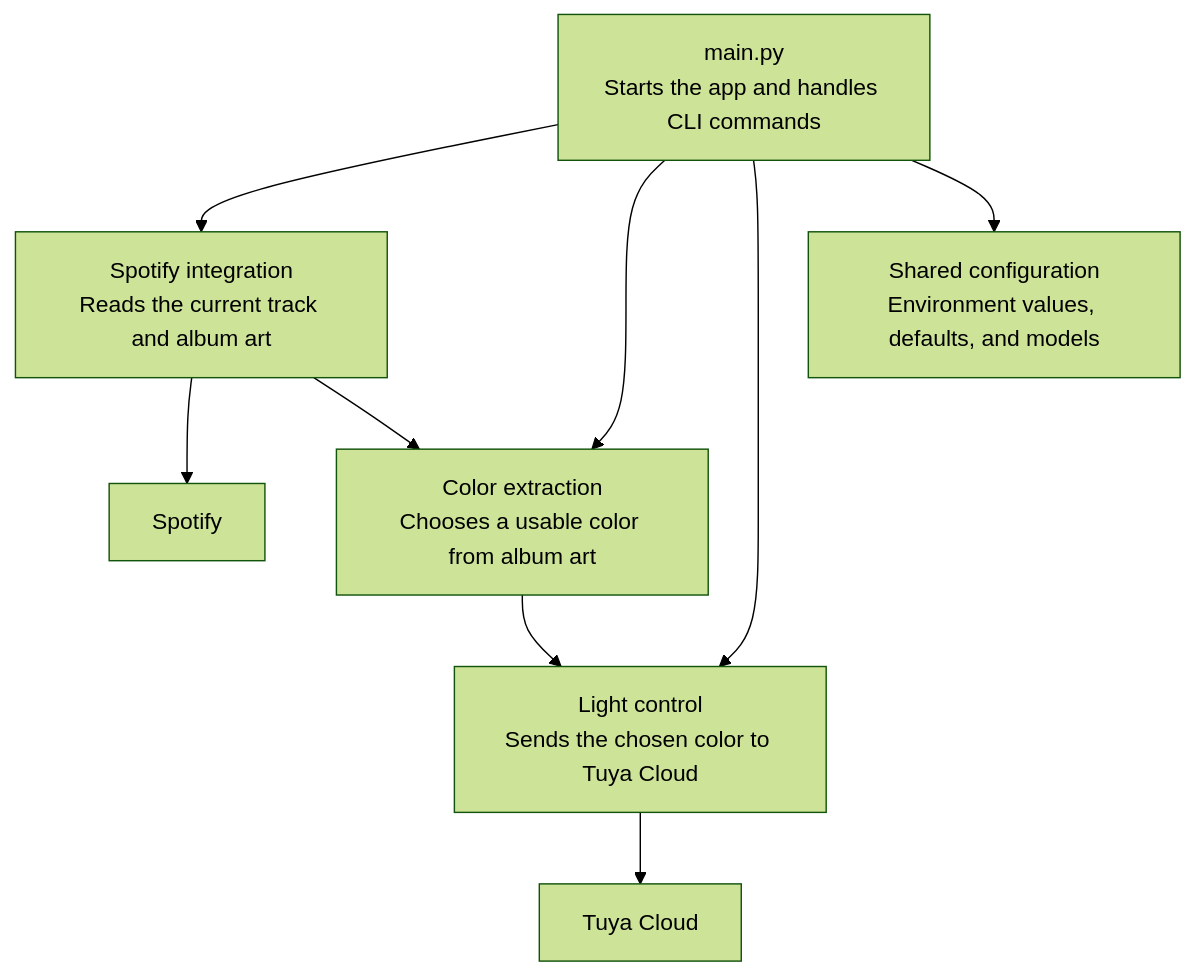
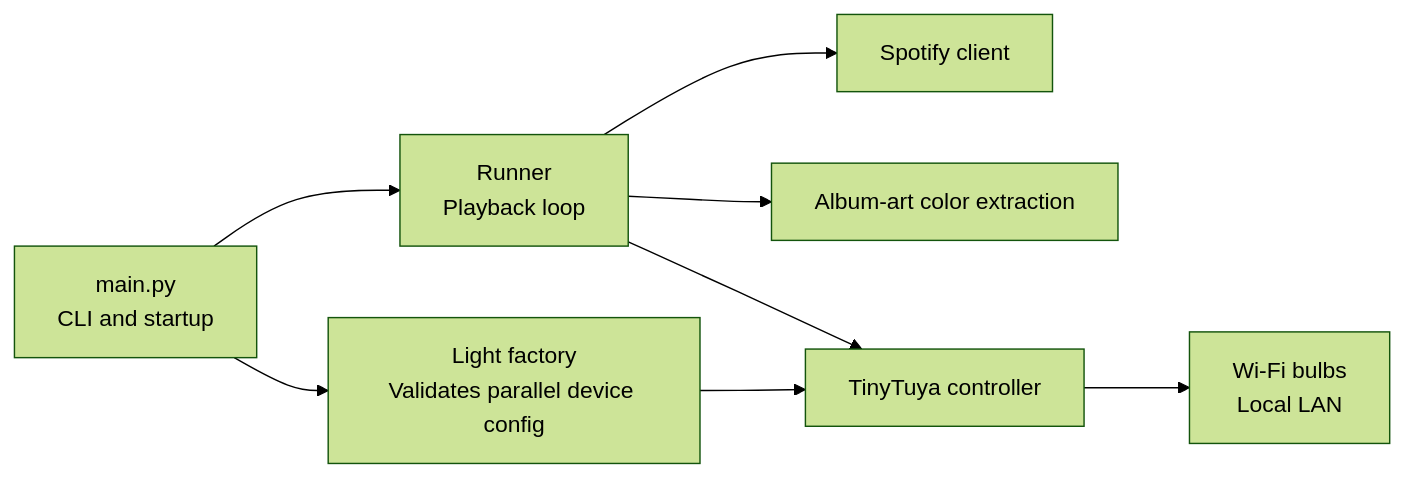
The diagram in README.md (divyajeettt/lights), drawn with Mermaid (forest theme) before and after one commit. The commit also changed other lines of this file and 14 other files, not shown here.

Commit message:
Replace Tuya Cloud with local TinyTuya control

````diff
--- a/README.md
+++ b/README.md
@@ -280,21 +324,18 @@
 ```mermaid
-flowchart TD
-    main["main.py<br/>Starts the app and handles CLI commands"]
-    spotify["Spotify integration<br/>Reads the current track and album art"]
-    color["Color extraction<br/>Chooses a usable color from album art"]
-    light["Light control<br/>Sends the chosen color to Tuya Cloud"]
-    config["Shared configuration<br/>Environment values, defaults, and models"]
+flowchart LR
+    main["main.py<br/>CLI and startup"]
+    runner["Runner<br/>Playback loop"]
+    spotify["Spotify client"]
+    color["Album-art color extraction"]
+    factory["Light factory<br/>Validates parallel device config"]
+    local["TinyTuya controller"]
+    bulbs["Wi-Fi bulbs<br/>Local LAN"]
 
-    spotify_api["Spotify"]
-    backend["Tuya Cloud"]
-
-    main --> spotify
-    main --> color
-    main --> light
-    main --> config
-
-    spotify --> spotify_api
-    spotify --> color
-    color --> light
-    light --> backend
+    main --> runner
+    main --> factory
+    runner --> spotify
+    runner --> color
+    runner --> local
+    factory --> local
+    local --> bulbs
 ```
````
